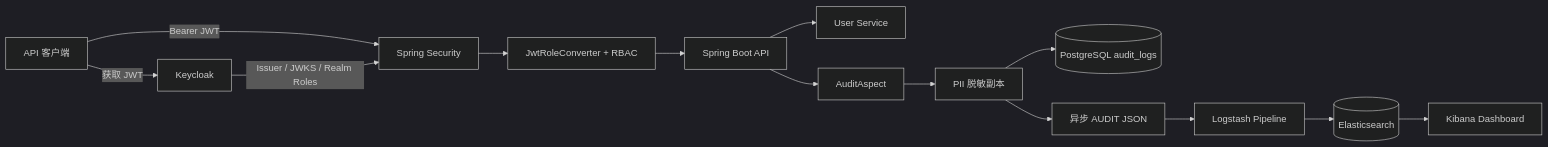
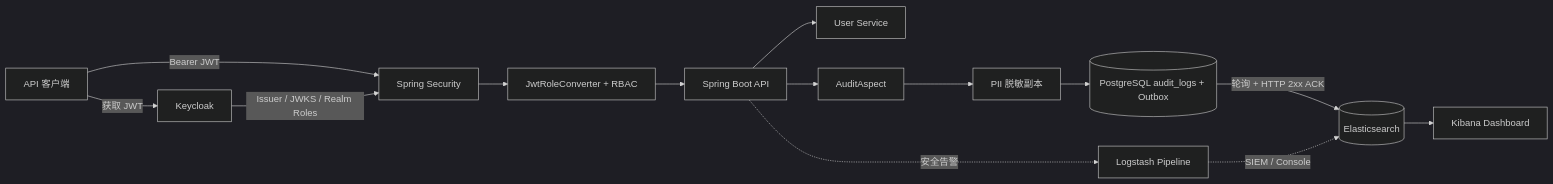
The diagram in gdpr-security-audit-system/readme.md (cjjhust/CJJ_JAVA_WORKSPACE), drawn with Mermaid (dark theme) before and after one commit. The commit also changed other lines of this file and 10 other files, not shown here.

````diff
--- a/gdpr-security-audit-system/readme.md
+++ b/gdpr-security-audit-system/readme.md
@@ -21,16 +21,16 @@
 ```mermaid
 flowchart LR
     C[API 客户端] -->|获取 JWT| K[Keycloak]
     C -->|Bearer JWT| S[Spring Security]
     K -->|Issuer / JWKS / Realm Roles| S
     S --> R[JwtRoleConverter + RBAC]
     R --> A[Spring Boot API]
     A --> U[User Service]
     A --> X[AuditAspect]
     X --> M[PII 脱敏副本]
-    M --> P[(PostgreSQL audit_logs)]
-    M --> L[异步 AUDIT JSON]
-    L --> LS[Logstash Pipeline]
-    LS --> ES[(Elasticsearch)]
+    M --> P[(PostgreSQL audit_logs + Outbox)]
+    P -->|轮询 + HTTP 2xx ACK| ES[(Elasticsearch)]
+    A -.安全告警.-> LS[Logstash Pipeline]
+    LS -.SIEM / Console.-> ES
     ES --> KB[Kibana Dashboard]
 ```
````
